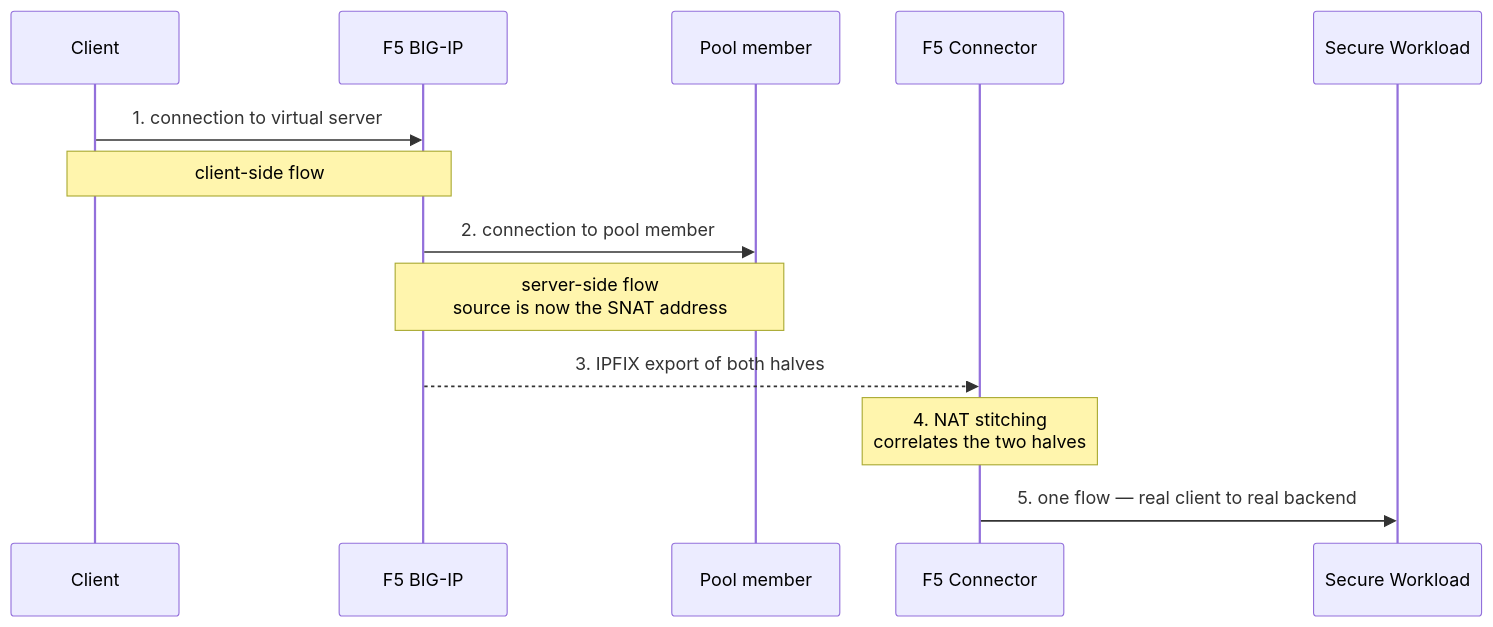
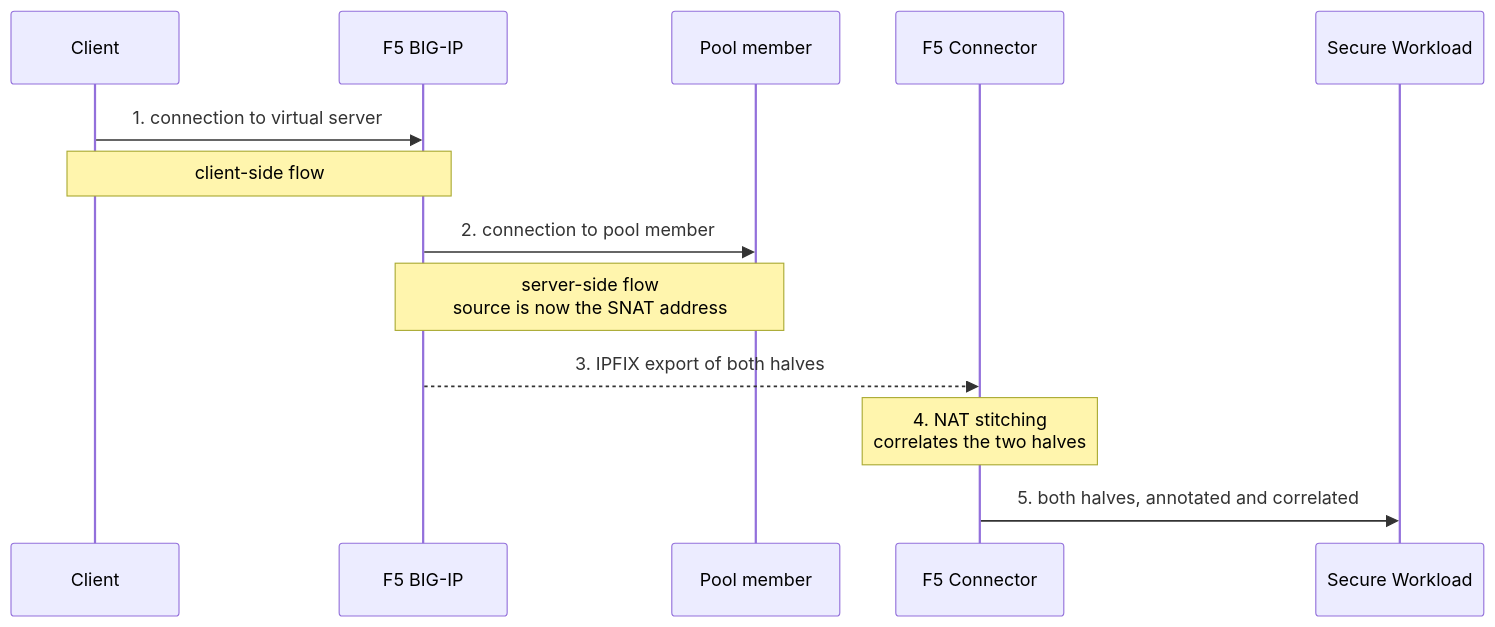
The second of 3 diagrams in SKILL.md (chandrapati/csw-f5-integration), drawn with Mermaid before and after one commit. The commit also changed other lines of this file and 2 other files, not shown here.

````diff
--- a/SKILL.md
+++ b/SKILL.md
@@ -70,16 +70,16 @@
 ```mermaid
 sequenceDiagram
     participant C as Client
     participant F5 as F5 BIG-IP
     participant P as Pool member
     participant K as F5 Connector
     participant SW as Secure Workload
 
     C->>F5: 1. connection to virtual server
     Note over C,F5: client-side flow
     F5->>P: 2. connection to pool member
     Note over F5,P: server-side flow<br/>source is now the SNAT address
     F5-->>K: 3. IPFIX export of both halves
     Note over K: 4. NAT stitching<br/>correlates the two halves
-    K->>SW: 5. one flow — real client to real backend
+    K->>SW: 5. both halves, annotated and correlated
 ```
````
